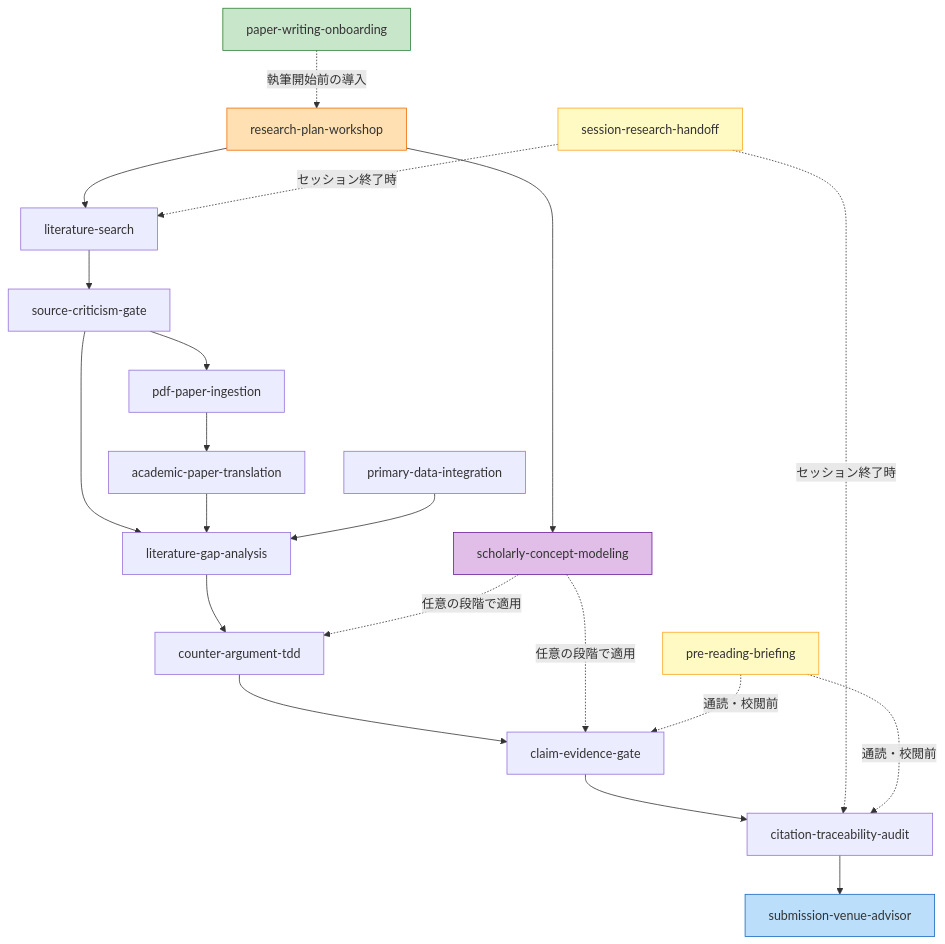
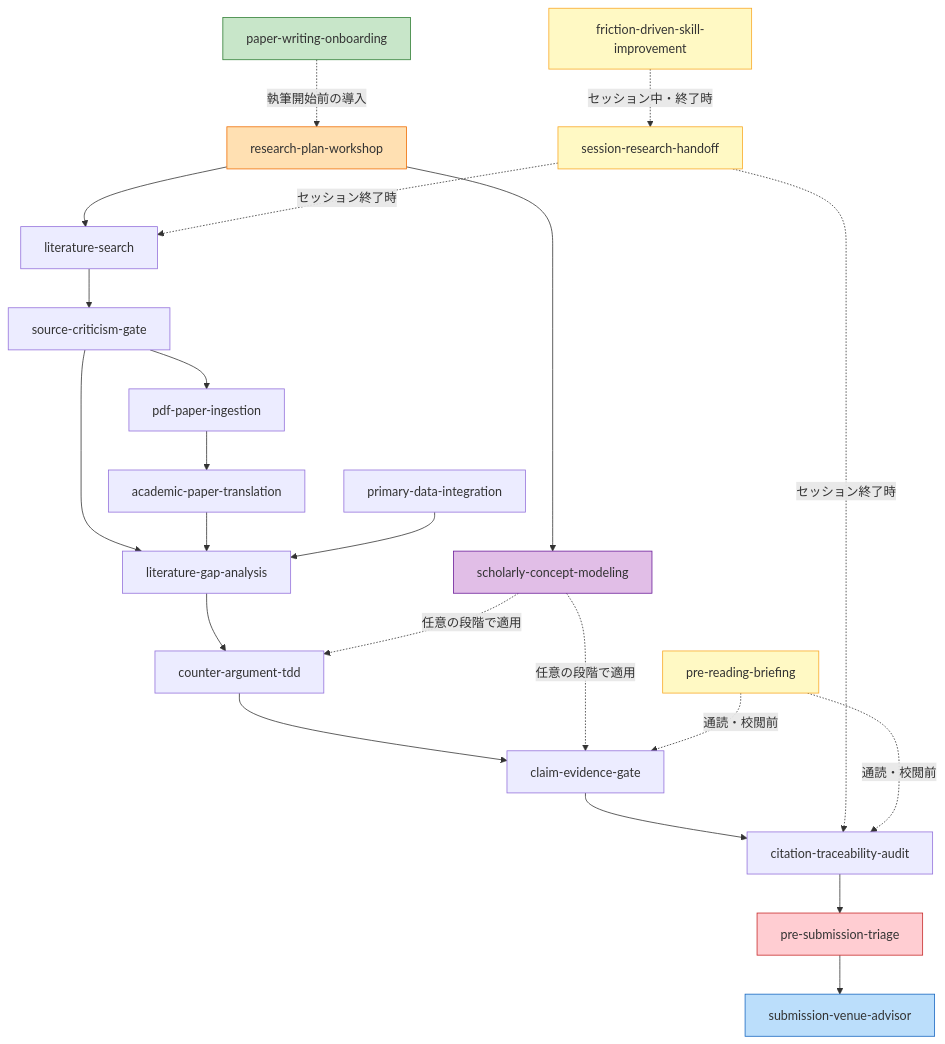
One commit to hideshi/scholarly-agent-skills changed the diagram in skills/ja/README.md. Above: the diagram before and after it, drawn with Mermaid. The commit also changed other lines of this file and 3 other files, not shown here.

First line of the commit message:
投稿前ゲートの WARN/FAIL を3分類で判断・記録する pre-submission-triage スキルを追加する

````diff
--- a/skills/ja/README.md
+++ b/skills/ja/README.md
@@ -34,30 +36,34 @@
 ```mermaid
 graph TD
     K[paper-writing-onboarding] -.->|執筆開始前の導入| RP
     RP[research-plan-workshop] --> A
     RP --> F
     A[literature-search] --> SC[source-criticism-gate]
     SC --> B[pdf-paper-ingestion]
     B --> C[academic-paper-translation]
     SC --> E[literature-gap-analysis]
     C --> E
     D[primary-data-integration] --> E
     E --> G[counter-argument-tdd]
     G --> H[claim-evidence-gate]
     H --> I[citation-traceability-audit]
-    I --> L[submission-venue-advisor]
+    I --> PT[pre-submission-triage]
+    PT --> L[submission-venue-advisor]
 
     F[scholarly-concept-modeling] -.->|任意の段階で適用| G
     F -.->|任意の段階で適用| H
     J[session-research-handoff] -.->|セッション終了時| A
     J -.->|セッション終了時| I
     PR[pre-reading-briefing] -.->|通読・校閲前| H
     PR -.->|通読・校閲前| I
+    FD[friction-driven-skill-improvement] -.->|セッション中・終了時| J
 
     style K fill:#c8e6c9,stroke:#2e7d32
     style RP fill:#ffe0b2,stroke:#ef6c00
     style F fill:#e1bee7,stroke:#6a1b9a
     style J fill:#fff9c4,stroke:#f9a825
     style PR fill:#fff9c4,stroke:#f9a825
+    style FD fill:#fff9c4,stroke:#f9a825
+    style PT fill:#ffcdd2,stroke:#c62828
     style L fill:#bbdefb,stroke:#1565c0
 ```
````
